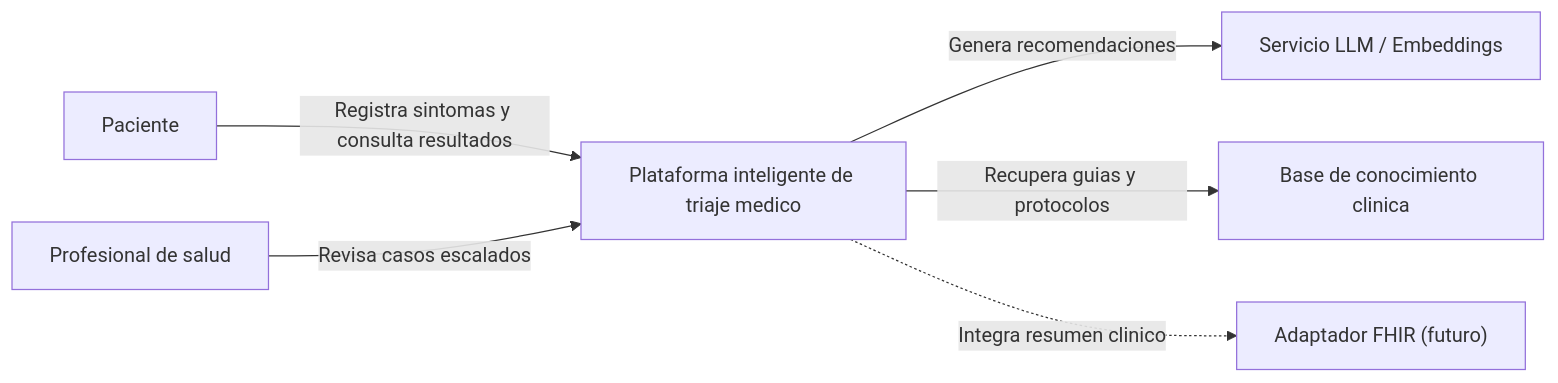
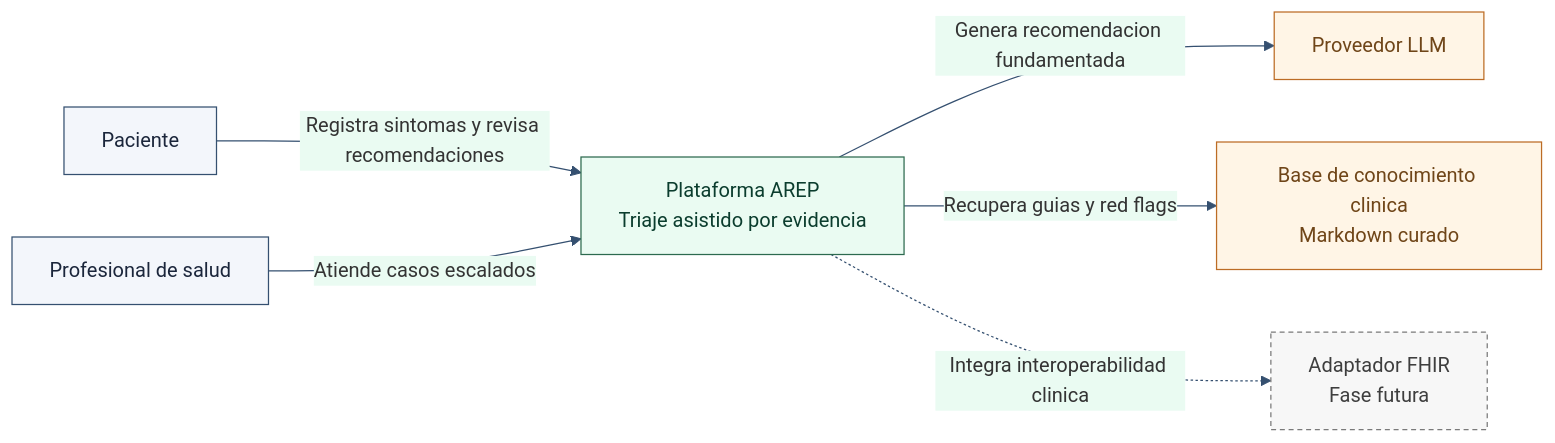
Before and after one commit to JesusJC15/proyecto-arep: the diagram in docs/architecture/01-c4-context.mmd, drawn with Mermaid. The commit also changed 18 other files, not shown here.

```diff
--- a/docs/architecture/01-c4-context.mmd
+++ b/docs/architecture/01-c4-context.mmd
@@ -1,13 +1,24 @@
+%%{init: {"theme": "base", "themeVariables": {"fontFamily": "Inter, Segoe UI, sans-serif", "primaryColor": "#E8F3FF", "primaryBorderColor": "#0F4C81", "lineColor": "#355070", "secondaryColor": "#EAFBF2", "tertiaryColor": "#FFF5E6"}}}%%
 flowchart LR
     patient["Paciente"]
     professional["Profesional de salud"]
-    platform["Plataforma inteligente de triaje medico"]
-    llm["Servicio LLM / Embeddings"]
-    kb["Base de conocimiento clinica"]
-    fhir["Adaptador FHIR (futuro)"]
+    platform["Plataforma AREP\nTriaje asistido por evidencia"]
+    llm["Proveedor LLM"]
+    kb["Base de conocimiento clinica\nMarkdown curado"]
+    fhir["Adaptador FHIR\nFase futura"]
 
-    patient -->|"Registra sintomas y consulta resultados"| platform
-    professional -->|"Revisa casos escalados"| platform
-    platform -->|"Genera recomendaciones"| llm
-    platform -->|"Recupera guias y protocolos"| kb
-    platform -.->|"Integra resumen clinico"| fhir
+    patient -->|"Registra sintomas y revisa recomendaciones"| platform
+    professional -->|"Atiende casos escalados"| platform
+    platform -->|"Genera recomendacion fundamentada"| llm
+    platform -->|"Recupera guias y red flags"| kb
+    platform -.->|"Integra interoperabilidad clinica"| fhir
+
+    classDef actor fill:#F3F6FB,stroke:#355070,stroke-width:1px,color:#1B263B;
+    classDef system fill:#EAFBF2,stroke:#2D6A4F,stroke-width:1px,color:#0B3D2E;
+    classDef external fill:#FFF5E6,stroke:#BC6C25,stroke-width:1px,color:#6F4518;
+    classDef future fill:#F7F7F7,stroke:#7A7A7A,stroke-dasharray: 4 3,color:#3E3E3E;
+
+    class patient,professional actor;
+    class platform system;
+    class llm,kb external;
+    class fhir future;
```
